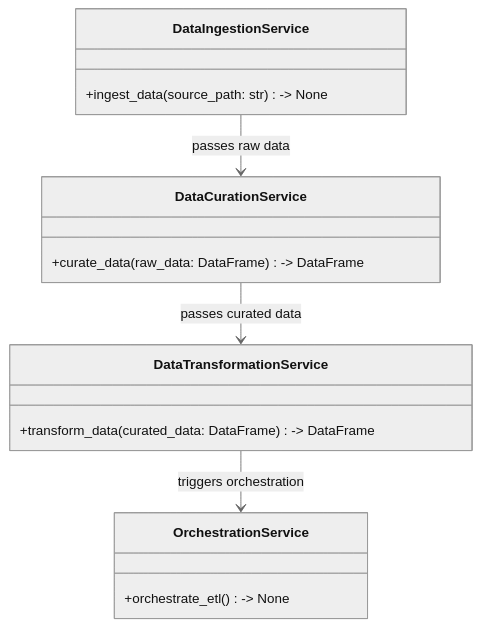
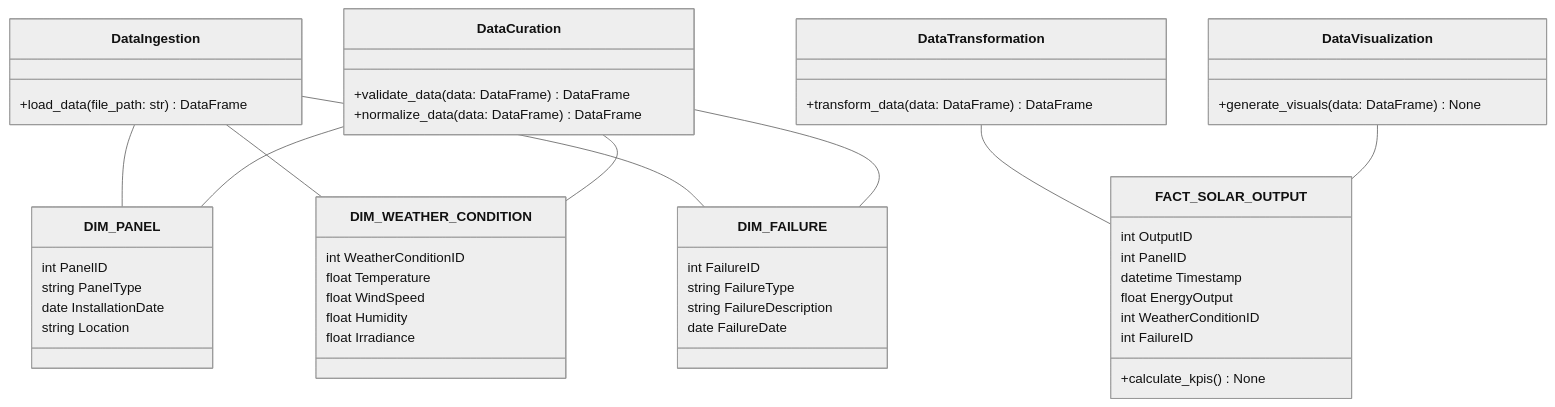
One commit to selin-k/bi_report_project changed the first of 2 diagrams in docs/sdd.md. Above: the diagram before and after it, drawn with Mermaid (neutral theme). The commit also changed other lines of this file and 14 other files, not shown here.

````diff
--- a/docs/sdd.md
+++ b/docs/sdd.md
@@ -29,18 +29,52 @@
 ```mermaid
 classDiagram
-    class DataIngestionService {
-        +ingest_data(source_path: str) -> None
+    class DataIngestion {
+        +load_data(file_path: str) DataFrame
     }
-    class DataCurationService {
-        +curate_data(raw_data: DataFrame) -> DataFrame
+    class DataCuration {
+        +validate_data(data: DataFrame) DataFrame
+        +normalize_data(data: DataFrame) DataFrame
     }
-    class DataTransformationService {
-        +transform_data(curated_data: DataFrame) -> DataFrame
+    class DataTransformation {
+        +transform_data(data: DataFrame) DataFrame
     }
-    class OrchestrationService {
-        +orchestrate_etl() -> None
+    class DataVisualization {
+        +generate_visuals(data: DataFrame) None
     }
-    DataIngestionService --> DataCurationService: passes raw data
-    DataCurationService --> DataTransformationService: passes curated data
-    DataTransformationService --> OrchestrationService: triggers orchestration
+    class FACT_SOLAR_OUTPUT {
+        int OutputID
+        int PanelID
+        datetime Timestamp
+        float EnergyOutput
+        int WeatherConditionID
+        int FailureID
+        +calculate_kpis() None
+    }
+    class DIM_PANEL {
+        int PanelID
+        string PanelType
+        date InstallationDate
+        string Location
+    }
+    class DIM_WEATHER_CONDITION {
+        int WeatherConditionID
+        float Temperature
+        float WindSpeed
+        float Humidity
+        float Irradiance
+    }
+    class DIM_FAILURE {
+        int FailureID
+        string FailureType
+        string FailureDescription
+        date FailureDate
+    }
+    DataIngestion -- DIM_PANEL
+    DataIngestion -- DIM_WEATHER_CONDITION
+    DataIngestion -- DIM_FAILURE
+    DataCuration -- DIM_PANEL
+    DataCuration -- DIM_WEATHER_CONDITION
+    DataCuration -- DIM_FAILURE
+    DataTransformation -- FACT_SOLAR_OUTPUT
+    DataVisualization -- FACT_SOLAR_OUTPUT
 ```
````
